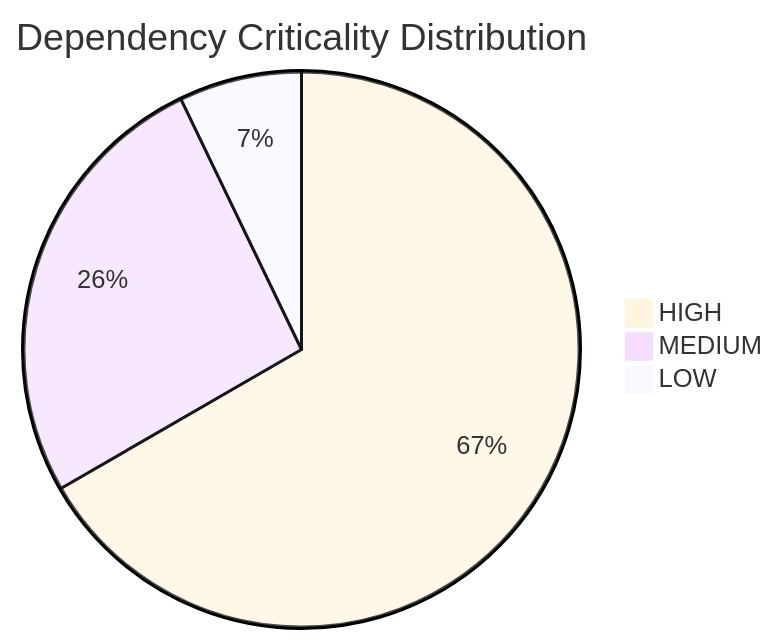
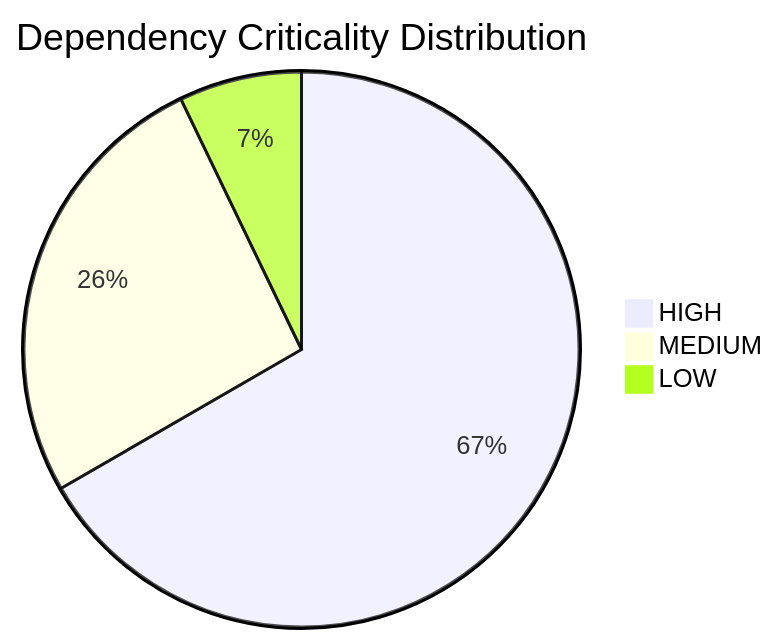
Before and after one commit to Lizo-RoadTown/PROVES_LIBRARY: the fifth of 5 diagrams in docs/diagrams/overview.md, drawn with Mermaid. The commit also changed other lines of this file and 14 other files, not shown here.

First line of the commit message:
Add enhanced Mermaid styling with interactive hover effects

````diff
--- a/docs/diagrams/overview.md
+++ b/docs/diagrams/overview.md
@@ -275,13 +369,22 @@
 ```mermaid
 %%{init: {
   'theme': 'base',
   'themeVariables': {
     'fontFamily': 'system-ui, -apple-system, sans-serif',
     'fontSize': '14px'
-  }
+  },
+  'themeCSS': `
+    .slice, .pieTitleText {
+      transition: filter 0.2s ease;
+    }
+    .slice:hover {
+      filter: drop-shadow(0 0 8px rgba(0, 0, 0, 0.4));
+      cursor: pointer;
+    }
+  `
 }}%%
 pie title Dependency Criticality Distribution
     "HIGH" : 28
     "MEDIUM" : 11
     "LOW" : 3
 ```
````
